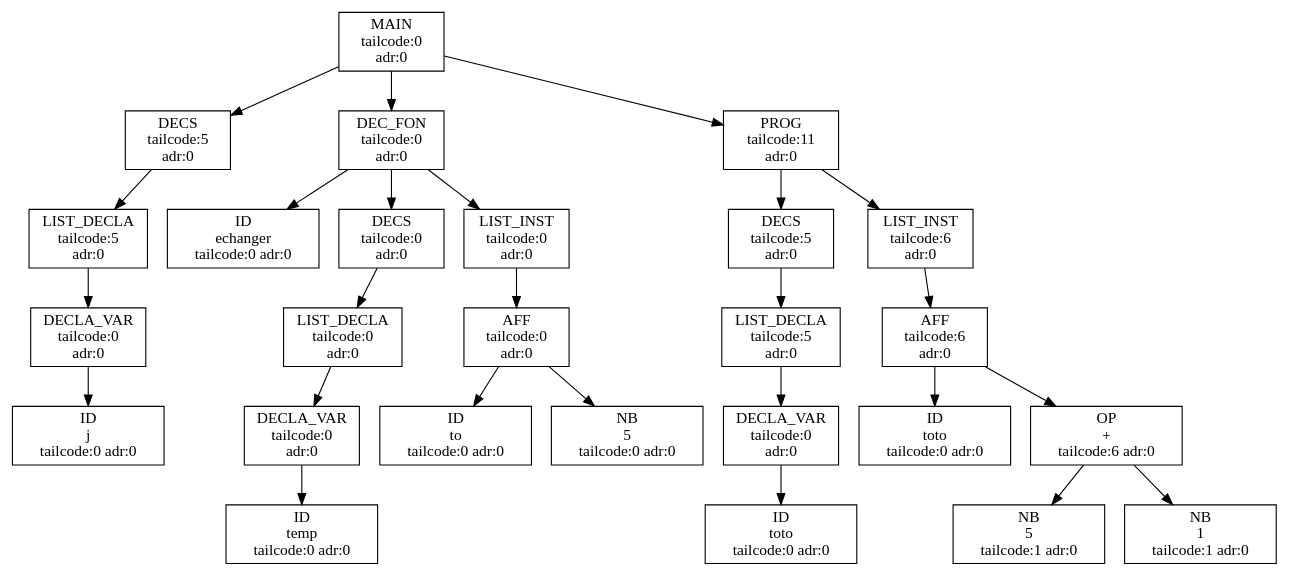
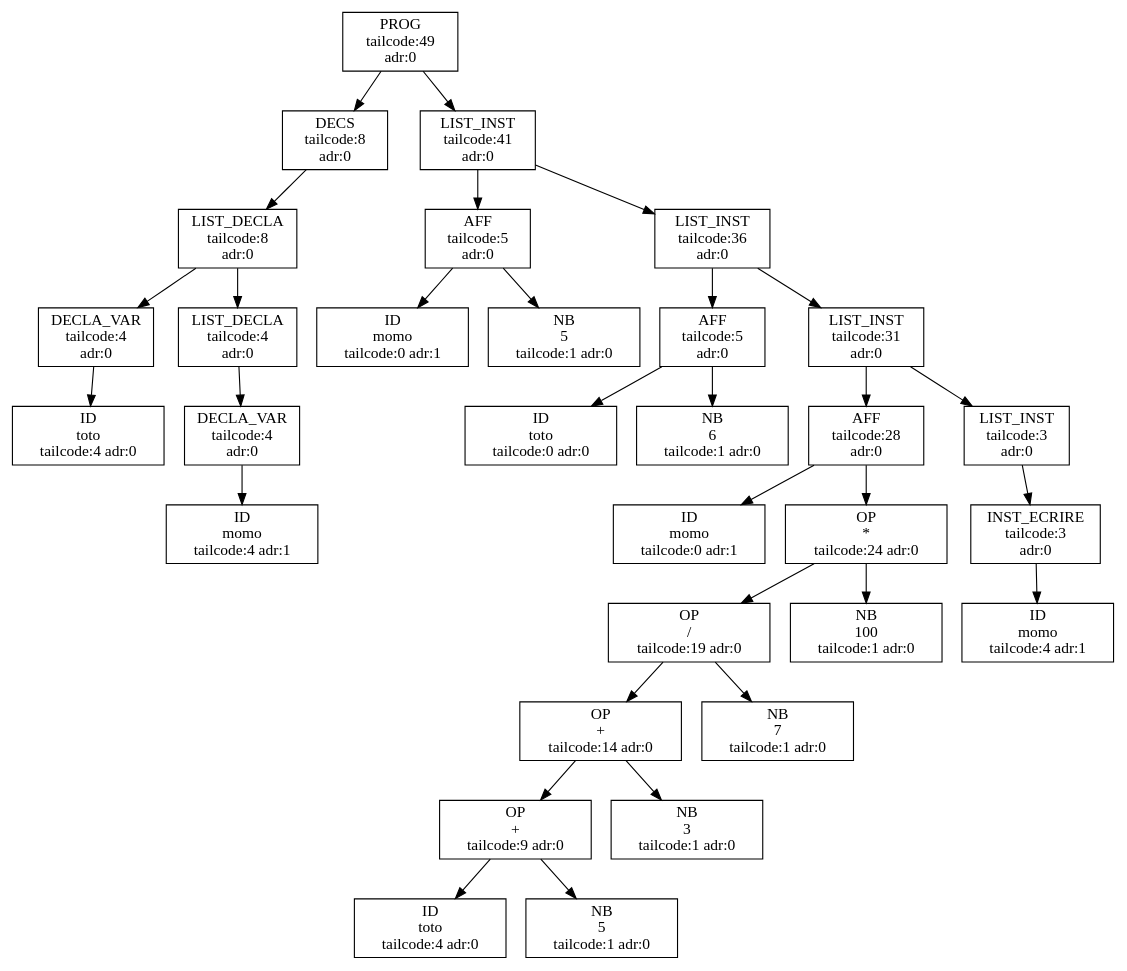
The diagram in out/output.dot (aswailem195/Projet-ARC--Algo-RAM-Compiler--20231213), drawn with Graphviz before and after one commit. The commit also changed 20 other files, not shown here.

```diff
--- a/out/output.dot
+++ b/out/output.dot
@@ -1,95 +1,108 @@
 digraph ASA {
-node0x5604acadfd30 [label="MAIN
- tailcode:0 
+node0x55aacb81de70 [label="PROG
+ tailcode:49 
  adr:0 \n", shape=box];
-node0x5604acadfd30 -> node0x5604acadf7b0;
-node0x5604acadf7b0 [label="DECS
+node0x55aacb81de70 -> node0x55aacb81d870;
+node0x55aacb81d870 [label="DECS
+ tailcode:8 
+ adr:0 \n", shape=box];
+node0x55aacb81d870 -> node0x55aacb81d830;
+node0x55aacb81d830 [label="LIST_DECLA
+ tailcode:8 
+ adr:0 \n", shape=box];
+node0x55aacb81d830 -> node0x55aacb81d6f0;
+node0x55aacb81d6f0 [label="DECLA_VAR
+ tailcode:4 
+ adr:0 \n", shape=box];
+node0x55aacb81d6f0 -> node0x55aacb81d730;
+node0x55aacb81d730 [label="ID\ntoto
+ tailcode:4 adr:0 \n", shape=box];
+node0x55aacb81d830 -> node0x55aacb81d7f0;
+node0x55aacb81d7f0 [label="LIST_DECLA
+ tailcode:4 
+ adr:0 \n", shape=box];
+node0x55aacb81d7f0 -> node0x55aacb81d770;
+node0x55aacb81d770 [label="DECLA_VAR
+ tailcode:4 
+ adr:0 \n", shape=box];
+node0x55aacb81d770 -> node0x55aacb81d7b0;
+node0x55aacb81d7b0 [label="ID\nmomo
+ tailcode:4 adr:1 \n", shape=box];
+node0x55aacb81de70 -> node0x55aacb81de30;
+node0x55aacb81de30 [label="LIST_INST
+ tailcode:41 
+ adr:0 \n", shape=box];
+node0x55aacb81de30 -> node0x55aacb81d8f0;
+node0x55aacb81d8f0 [label="AFF
  tailcode:5 
  adr:0 \n", shape=box];
-node0x5604acadf7b0 -> node0x5604acadf770;
-node0x5604acadf770 [label="LIST_DECLA
+node0x55aacb81d8f0 -> node0x55aacb81d930;
+node0x55aacb81d930 [label="ID\nmomo
+ tailcode:0 adr:1 \n", shape=box];
+node0x55aacb81d8f0 -> node0x55aacb81d8b0;
+node0x55aacb81d8b0 [label="NB\n5 
+ tailcode:1 adr:0 \n", shape=box];
+node0x55aacb81de30 -> node0x55aacb81ddf0;
+node0x55aacb81ddf0 [label="LIST_INST
+ tailcode:36 
+ adr:0 \n", shape=box];
+node0x55aacb81ddf0 -> node0x55aacb81d9b0;
+node0x55aacb81d9b0 [label="AFF
  tailcode:5 
  adr:0 \n", shape=box];
-node0x5604acadf770 -> node0x5604acadf6f0;
-node0x5604acadf6f0 [label="DECLA_VAR
- tailcode:0 
+node0x55aacb81d9b0 -> node0x55aacb81d9f0;
+node0x55aacb81d9f0 [label="ID\ntoto
+ tailcode:0 adr:0 \n", shape=box];
+node0x55aacb81d9b0 -> node0x55aacb81d970;
+node0x55aacb81d970 [label="NB\n6 
+ tailcode:1 adr:0 \n", shape=box];
+node0x55aacb81ddf0 -> node0x55aacb81ddb0;
+node0x55aacb81ddb0 [label="LIST_INST
+ tailcode:31 
  adr:0 \n", shape=box];
-node0x5604acadf6f0 -> node0x5604acadf730;
-node0x5604acadf730 [label="ID\nj
- tailcode:0 adr:0 \n", shape=box];
-node0x5604acadfd30 -> node0x5604acadf9f0;
-node0x5604acadf9f0 [label="DEC_FON
- tailcode:0 
+node0x55aacb81ddb0 -> node0x55aacb81dc70;
+node0x55aacb81dc70 [label="AFF
+ tailcode:28 
  adr:0 \n", shape=box];
-node0x5604acadf9f0 -> node0x5604acadfa30;
-node0x5604acadfa30 [label="ID\nechanger
- tailcode:0 adr:0 \n", shape=box];
-node0x5604acadf9f0 -> node0x5604acadf8b0;
-node0x5604acadf8b0 [label="DECS
- tailcode:0 
+node0x55aacb81dc70 -> node0x55aacb81dcb0;
+node0x55aacb81dcb0 [label="ID\nmomo
+ tailcode:0 adr:1 \n", shape=box];
+node0x55aacb81dc70 -> node0x55aacb81dc30;
+node0x55aacb81dc30 [label="OP\n* 
+ tailcode:24 adr:0 \n", shape=box];
+node0x55aacb81dc30 -> node0x55aacb81dbb0;
+node0x55aacb81dbb0 [label="OP\n/ 
+ tailcode:19 adr:0 \n", shape=box];
+node0x55aacb81dbb0 -> node0x55aacb81db30;
+node0x55aacb81db30 [label="OP\n+ 
+ tailcode:14 adr:0 \n", shape=box];
+node0x55aacb81db30 -> node0x55aacb81dab0;
+node0x55aacb81dab0 [label="OP\n+ 
+ tailcode:9 adr:0 \n", shape=box];
+node0x55aacb81dab0 -> node0x55aacb81da30;
+node0x55aacb81da30 [label="ID\ntoto
+ tailcode:4 adr:0 \n", shape=box];
+node0x55aacb81dab0 -> node0x55aacb81da70;
+node0x55aacb81da70 [label="NB\n5 
+ tailcode:1 adr:0 \n", shape=box];
+node0x55aacb81db30 -> node0x55aacb81daf0;
+node0x55aacb81daf0 [label="NB\n3 
+ tailcode:1 adr:0 \n", shape=box];
+node0x55aacb81dbb0 -> node0x55aacb81db70;
+node0x55aacb81db70 [label="NB\n7 
+ tailcode:1 adr:0 \n", shape=box];
+node0x55aacb81dc30 -> node0x55aacb81dbf0;
+node0x55aacb81dbf0 [label="NB\n100 
+ tailcode:1 adr:0 \n", shape=box];
+node0x55aacb81ddb0 -> node0x55aacb81dd70;
+node0x55aacb81dd70 [label="LIST_INST
+ tailcode:3 
  adr:0 \n", shape=box];
-node0x5604acadf8b0 -> node0x5604acadf870;
-node0x5604acadf870 [label="LIST_DECLA
- tailcode:0 
+node0x55aacb81dd70 -> node0x55aacb81dd30;
+node0x55aacb81dd30 [label="INST_ECRIRE
+ tailcode:3 
  adr:0 \n", shape=box];
-node0x5604acadf870 -> node0x5604acadf7f0;
-node0x5604acadf7f0 [label="DECLA_VAR
- tailcode:0 
- adr:0 \n", shape=box];
-node0x5604acadf7f0 -> node0x5604acadf830;
-node0x5604acadf830 [label="ID\ntemp
- tailcode:0 adr:0 \n", shape=box];
-node0x5604acadf9f0 -> node0x5604acadf9b0;
-node0x5604acadf9b0 [label="LIST_INST
- tailcode:0 
- adr:0 \n", shape=box];
-node0x5604acadf9b0 -> node0x5604acadf930;
-node0x5604acadf930 [label="AFF
- tailcode:0 
- adr:0 \n", shape=box];
-node0x5604acadf930 -> node0x5604acadf970;
-node0x5604acadf970 [label="ID\nto
- tailcode:0 adr:0 \n", shape=box];
-node0x5604acadf930 -> node0x5604acadf8f0;
-node0x5604acadf8f0 [label="NB\n5 
- tailcode:0 adr:0 \n", shape=box];
-node0x5604acadfd30 -> node0x5604acadfcf0;
-node0x5604acadfcf0 [label="PROG
- tailcode:11 
- adr:0 \n", shape=box];
-node0x5604acadfcf0 -> node0x5604acadfb30;
-node0x5604acadfb30 [label="DECS
- tailcode:5 
- adr:0 \n", shape=box];
-node0x5604acadfb30 -> node0x5604acadfaf0;
-node0x5604acadfaf0 [label="LIST_DECLA
- tailcode:5 
- adr:0 \n", shape=box];
-node0x5604acadfaf0 -> node0x5604acadfa70;
-node0x5604acadfa70 [label="DECLA_VAR
- tailcode:0 
- adr:0 \n", shape=box];
-node0x5604acadfa70 -> node0x5604acadfab0;
-node0x5604acadfab0 [label="ID\ntoto
- tailcode:0 adr:0 \n", shape=box];
-node0x5604acadfcf0 -> node0x5604acadfcb0;
-node0x5604acadfcb0 [label="LIST_INST
- tailcode:6 
- adr:0 \n", shape=box];
-node0x5604acadfcb0 -> node0x5604acadfc30;
-node0x5604acadfc30 [label="AFF
- tailcode:6 
- adr:0 \n", shape=box];
-node0x5604acadfc30 -> node0x5604acadfc70;
-node0x5604acadfc70 [label="ID\ntoto
- tailcode:0 adr:0 \n", shape=box];
-node0x5604acadfc30 -> node0x5604acadfbf0;
-node0x5604acadfbf0 [label="OP\n+ 
- tailcode:6 adr:0 \n", shape=box];
-node0x5604acadfbf0 -> node0x5604acadfb70;
-node0x5604acadfb70 [label="NB\n5 
- tailcode:1 adr:0 \n", shape=box];
-node0x5604acadfbf0 -> node0x5604acadfbb0;
-node0x5604acadfbb0 [label="NB\n1 
- tailcode:1 adr:0 \n", shape=box];
+node0x55aacb81dd30 -> node0x55aacb81dcf0;
+node0x55aacb81dcf0 [label="ID\nmomo
+ tailcode:4 adr:1 \n", shape=box];
 }
```
